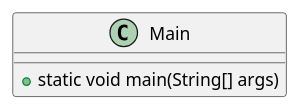
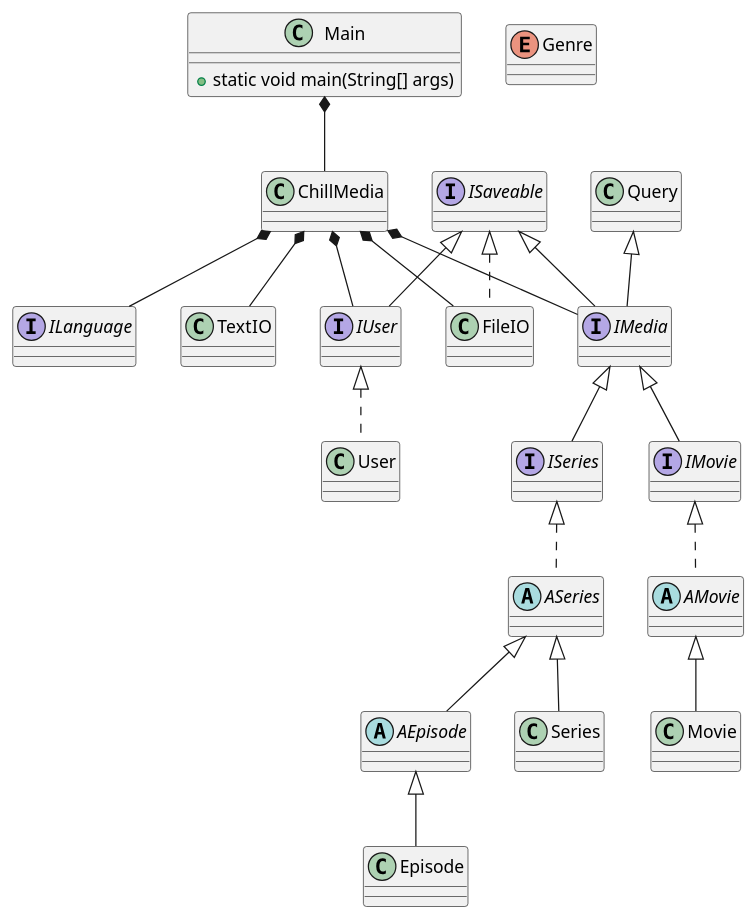
The diagram in Documentation/Streamingtjeneste.puml (Peter537/Dat1-SP3), drawn with PlantUML before and after one commit.

Commit message:
class diagram

```diff
--- a/Documentation/Streamingtjeneste.puml
+++ b/Documentation/Streamingtjeneste.puml
@@ -1,30 +1,110 @@
 @startuml
 
 ' *****************
 ' CLASS
 ' *****************
 
 class Main {
     + static void main(String[] args)
 }
 
+' MAIN KLASSEN
+class ChillMedia {
+
+}
+
+class Query {
+
+}
+
+class TextIO {
+
+}
+
+class FileIO implements ISaveable {
+
+}
+
+class User implements IUser {
+
+}
+
+class Movie extends AMovie {
+
+}
+
+class Series extends ASeries {
+
+}
+
+class Episode extends AEpisode {
+
+}
+
 ' *****************
 ' ABSTRACT CLASS
 ' *****************
 
+abstract class AMovie implements IMovie {
+
+}
+
+abstract class ASeries implements ISeries {
+
+
+}
+
+abstract class AEpisode extends ASeries {
+
+}
 
 ' *****************
 ' INTERFACES
 ' *****************
 
+interface IMedia extends ISaveable, Query {
+
+}
+
+interface ISeries implements IMedia {
+
+}
+
+interface IMovie implements IMedia {
+
+}
+
+interface IUser implements ISaveable {
+
+}
+
+interface ILanguage {
+
+}
+
+interface ISaveable {
+
+}
+
 ' *****************
 ' ENUMS
 ' *****************
 
+enum Genre {
+
+
+}
 
 ' *****************
 ' RELATIONS
 ' *****************
 
+Main *-- ChillMedia
+
+ChillMedia *-- IMedia
+ChillMedia *-- TextIO
+ChillMedia *-- FileIO
+ChillMedia *-- ILanguage
+ChillMedia *-- IUser
 
 @enduml
```
